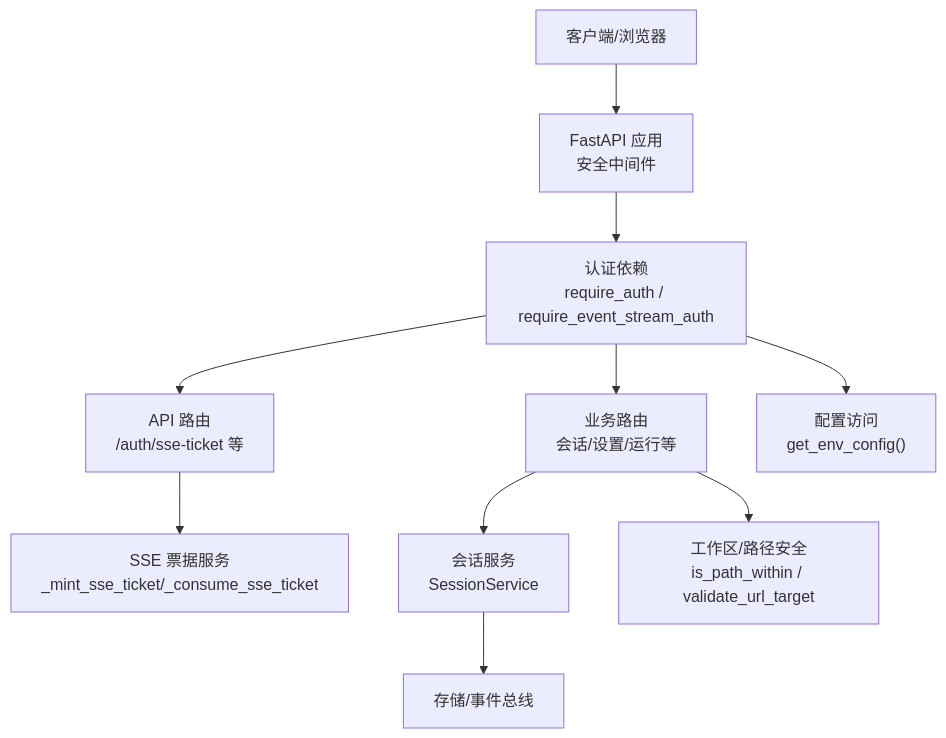
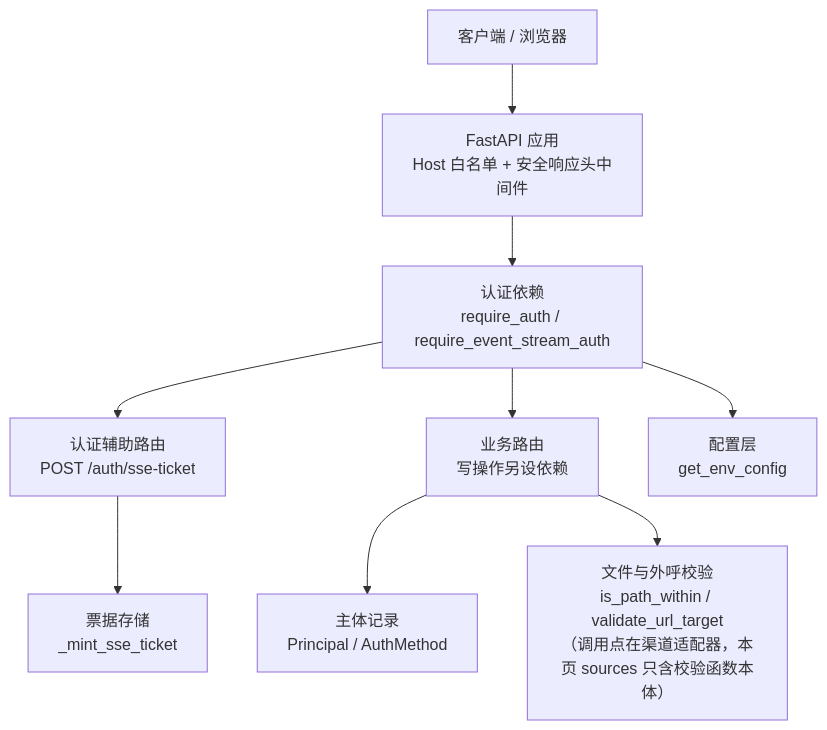
One commit to hjfire/vibe-trading-fw changed the first of 7 diagrams in repowiki/topics/安全与治理/认证与授权.md. Above: the diagram before and after it, drawn with Mermaid. The commit also changed other lines of this file and 5 other files, not shown here.

````diff
--- a/repowiki/topics/安全与治理/认证与授权.md
+++ b/repowiki/topics/安全与治理/认证与授权.md
@@ -59,12 +64,11 @@
 ```mermaid
 graph TB
-A["客户端/浏览器"] --> B["FastAPI 应用<br/>安全中间件"]
+A["客户端 / 浏览器"] --> B["FastAPI 应用<br/>Host 白名单 + 安全响应头中间件"]
 B --> C["认证依赖<br/>require_auth / require_event_stream_auth"]
-C --> D["API 路由<br/>/auth/sse-ticket 等"]
-C --> E["业务路由<br/>会话/设置/运行等"]
-D --> F["SSE 票据服务<br/>_mint_sse_ticket/_consume_sse_ticket"]
-C --> G["配置访问<br/>get_env_config()"]
-E --> H["会话服务<br/>SessionService"]
-H --> I["存储/事件总线"]
-E --> J["工作区/路径安全<br/>is_path_within / validate_url_target"]
+C --> D["认证辅助路由<br/>POST /auth/sse-ticket"]
+C --> E["业务路由<br/>写操作另设依赖"]
+D --> F["票据存储<br/>_mint_sse_ticket"]
+C --> G["配置层<br/>get_env_config"]
+E --> H["主体记录<br/>Principal / AuthMethod"]
+E --> J["文件与外呼校验<br/>is_path_within / validate_url_target<br/>（调用点在渠道适配器，本页 sources 只含校验函数本体）"]
 ```
````
